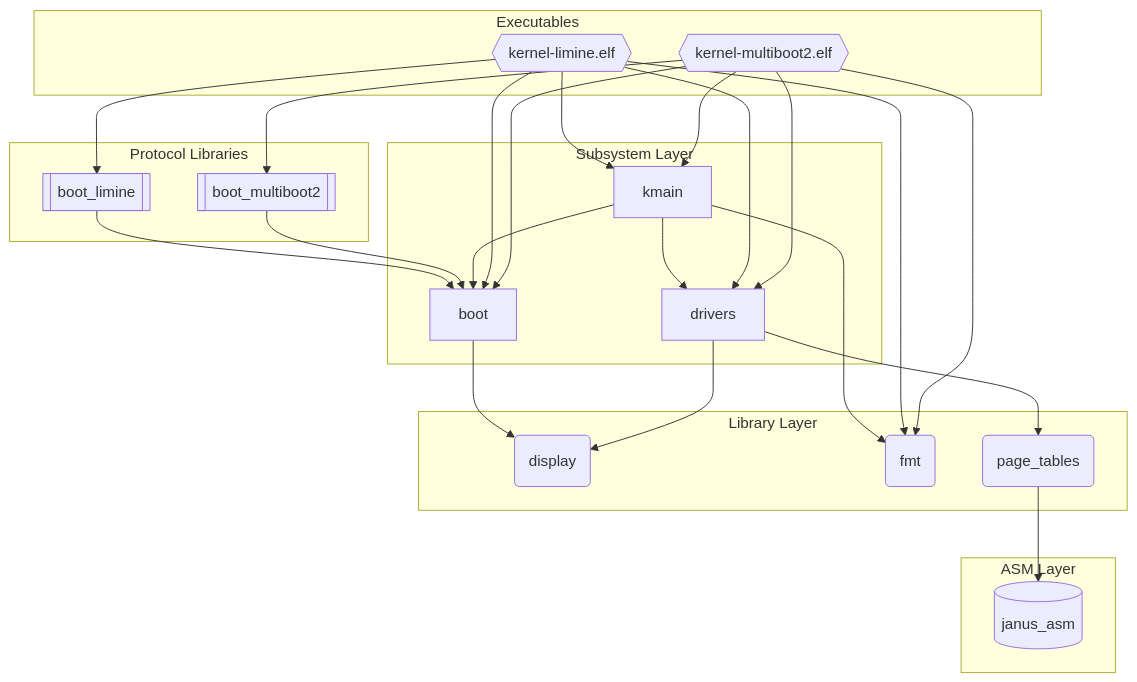
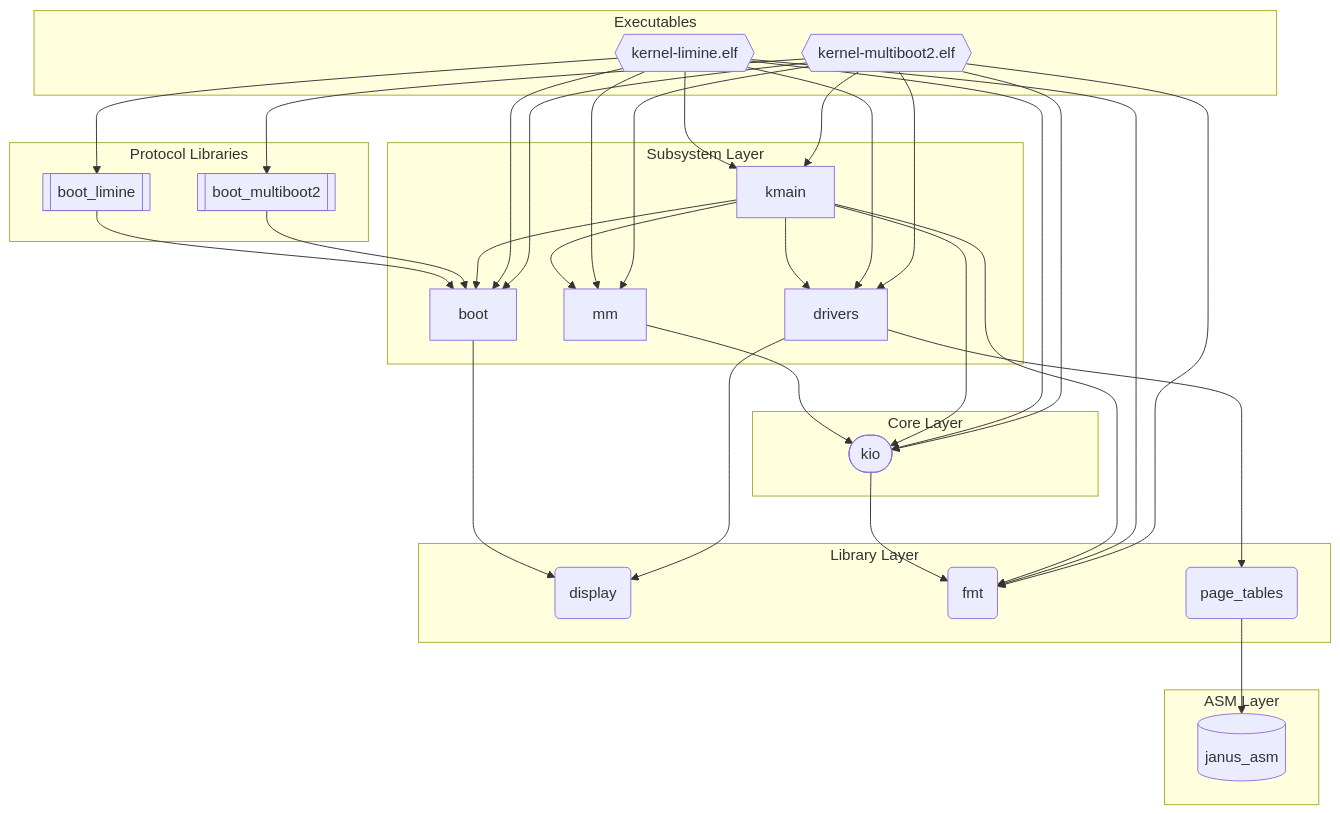
Before and after one commit to FrederikTobner/JANUS: the diagram in docs/src/generated/deps-x86_64.md, drawn with Mermaid. The commit also changed 28 other files, not shown here.

````diff
--- a/docs/src/generated/deps-x86_64.md
+++ b/docs/src/generated/deps-x86_64.md
@@ -3,43 +3,55 @@
 ```mermaid
 graph TD
   subgraph lib_layer["Library Layer"]
     display("display")
     fmt("fmt")
     page_tables("page_tables")
   end
+  subgraph core_layer["Core Layer"]
+    kio(["kio"])
+  end
   subgraph subsys_layer["Subsystem Layer"]
     boot["boot"]
     drivers["drivers"]
+    mm["mm"]
     kmain["kmain"]
   end
   subgraph proto_layer["Protocol Libraries"]
     boot_limine[["boot_limine"]]
     boot_multiboot2[["boot_multiboot2"]]
   end
   subgraph exec_layer["Executables"]
     kernel_limine_elf{{"kernel-limine.elf"}}
     kernel_multiboot2_elf{{"kernel-multiboot2.elf"}}
   end
   subgraph asm_layer["ASM Layer"]
     janus_asm[("janus_asm")]
   end
   page_tables --> janus_asm
+  kio --> fmt
   boot --> display
   boot_limine --> boot
   boot_multiboot2 --> boot
   drivers --> display
   drivers --> page_tables
+  mm --> kio
   kmain --> drivers
   kmain --> boot
   kmain --> fmt
+  kmain --> kio
+  kmain --> mm
   kernel_limine_elf --> drivers
   kernel_limine_elf --> boot
   kernel_limine_elf --> fmt
   kernel_limine_elf --> boot_limine
+  kernel_limine_elf --> kio
+  kernel_limine_elf --> mm
   kernel_limine_elf --> kmain
   kernel_multiboot2_elf --> drivers
   kernel_multiboot2_elf --> boot
   kernel_multiboot2_elf --> fmt
   kernel_multiboot2_elf --> boot_multiboot2
+  kernel_multiboot2_elf --> kio
+  kernel_multiboot2_elf --> mm
   kernel_multiboot2_elf --> kmain
 ```
````
